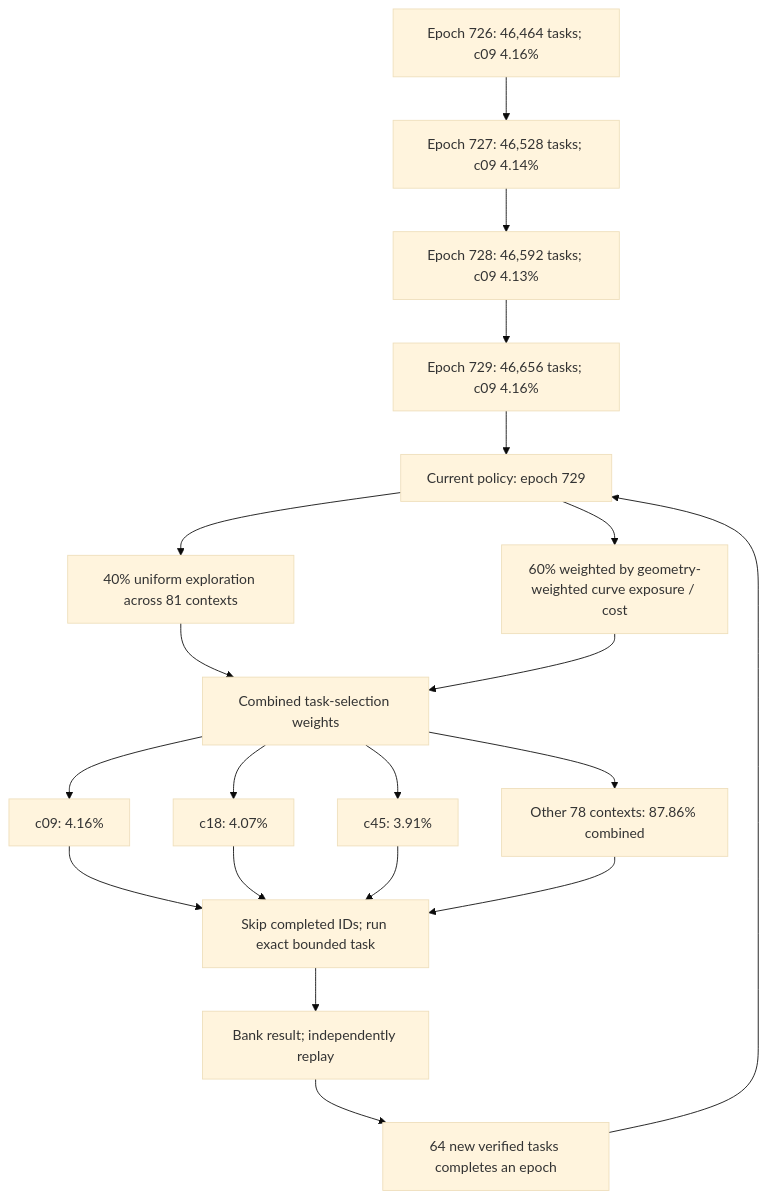
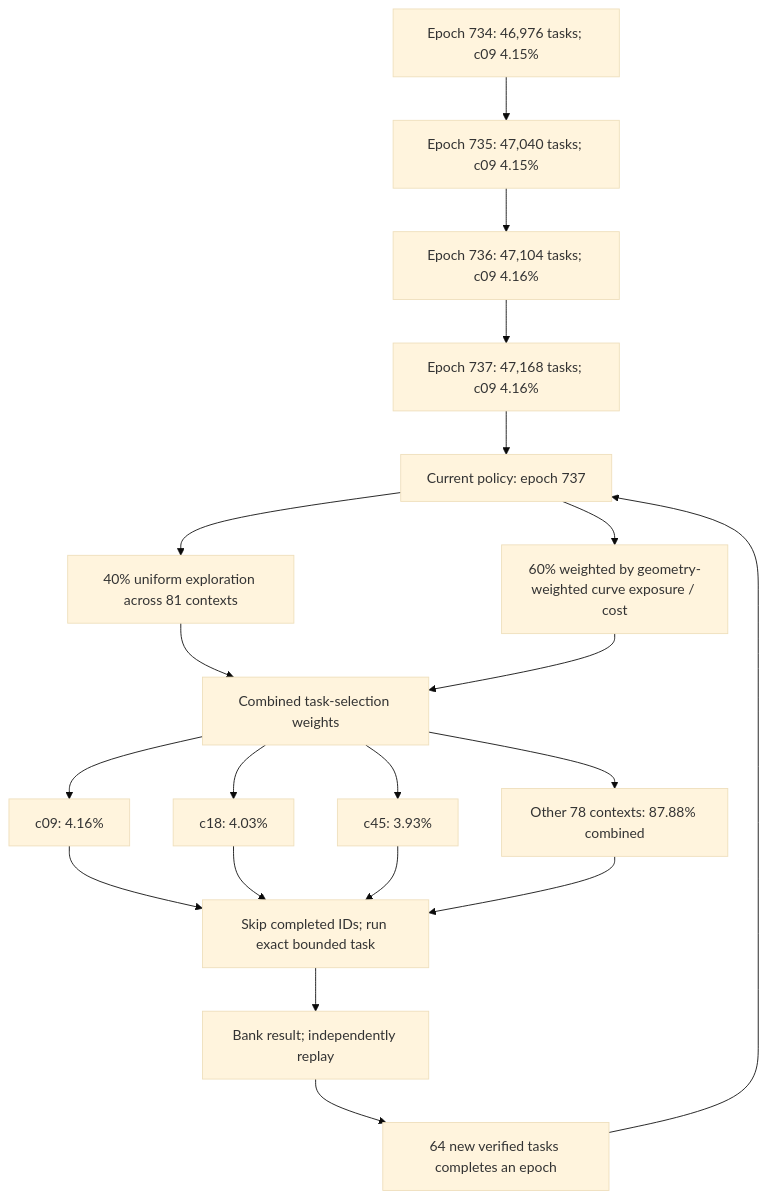
Before and after one commit to Kuberwastaken/math-gambling: the first of 3 diagrams in README.md, drawn with Mermaid (base theme). The commit also changed other lines of this file and 1138 other files, not shown here.

````diff
--- a/README.md
+++ b/README.md
@@ -55,27 +55,27 @@
 ```mermaid
 flowchart TD
-    H0["Epoch 726: 46,464 tasks; c09 4.16%"]
-    H1["Epoch 727: 46,528 tasks; c09 4.14%"]
+    H0["Epoch 734: 46,976 tasks; c09 4.15%"]
+    H1["Epoch 735: 47,040 tasks; c09 4.15%"]
     H0 --> H1
-    H2["Epoch 728: 46,592 tasks; c09 4.13%"]
+    H2["Epoch 736: 47,104 tasks; c09 4.16%"]
     H1 --> H2
-    H3["Epoch 729: 46,656 tasks; c09 4.16%"]
+    H3["Epoch 737: 47,168 tasks; c09 4.16%"]
     H2 --> H3
-    Policy["Current policy: epoch 729"]
+    Policy["Current policy: epoch 737"]
     H3 --> Policy
     Policy --> Explore["40% uniform exploration across 81 contexts"]
     Policy --> Cost["60% weighted by geometry-weighted curve exposure / cost"]
     Explore --> Mix["Combined task-selection weights"]
     Cost --> Mix
     Mix --> C0["c09: 4.16%"]
-    Mix --> C1["c18: 4.07%"]
-    Mix --> C2["c45: 3.91%"]
-    Mix --> Rest["Other 78 contexts: 87.86% combined"]
+    Mix --> C1["c18: 4.03%"]
+    Mix --> C2["c45: 3.93%"]
+    Mix --> Rest["Other 78 contexts: 87.88% combined"]
     C0 --> Check["Skip completed IDs; run exact bounded task"]
     C1 --> Check
     C2 --> Check
     Rest --> Check
     Check --> Replay["Bank result; independently replay"]
     Replay --> Gate["64 new verified tasks completes an epoch"]
     Gate --> Policy
 ```
````
